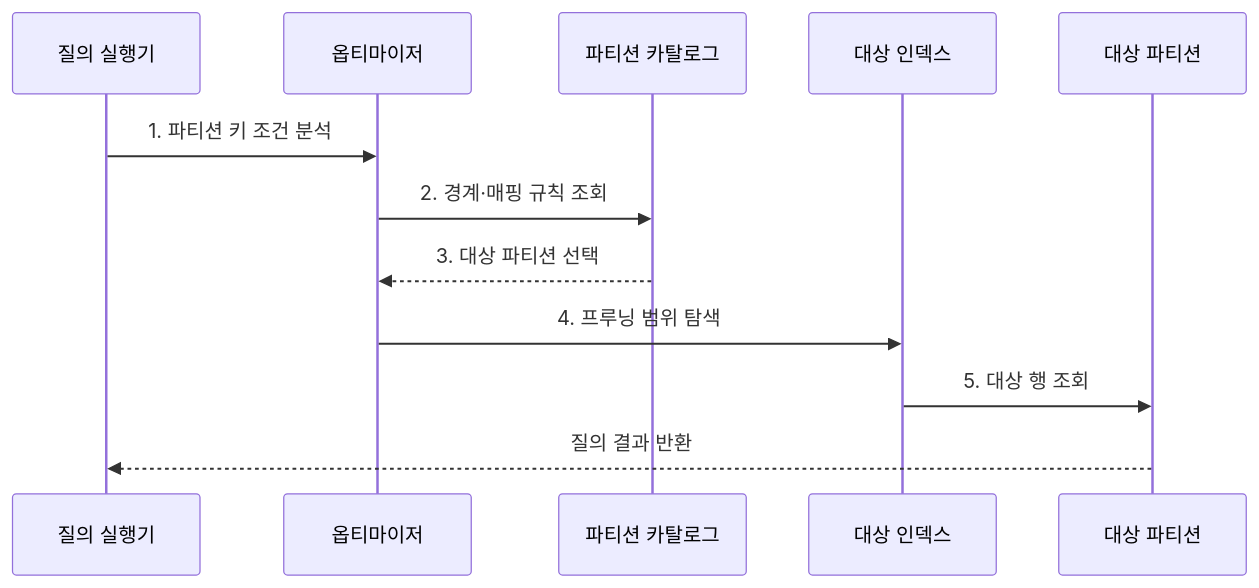
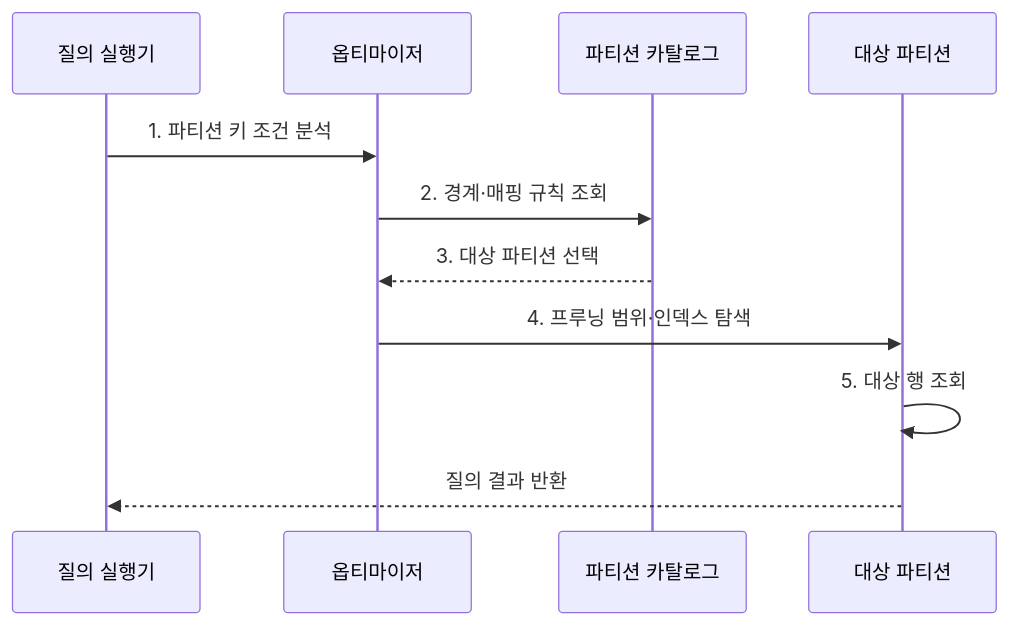
One commit to agnusdei1207/knowledge-base changed the second of 2 diagrams in src/content/docs/notes/03-software/098_partitioning.md. Above: the diagram before and after it, drawn with Mermaid. The commit also changed other lines of this file and 8 other files, not shown here.

Commit message:
Simplify database execution diagrams

````diff
--- a/src/content/docs/notes/03-software/098_partitioning.md
+++ b/src/content/docs/notes/03-software/098_partitioning.md
@@ -98,14 +98,13 @@
 ```mermaid
 sequenceDiagram
     participant Q as 질의 실행기
     participant O as 옵티마이저
     participant C as 파티션 카탈로그
-    participant I as 대상 인덱스
     participant P as 대상 파티션
     Q->>O: 1. 파티션 키 조건 분석
     O->>C: 2. 경계·매핑 규칙 조회
     C-->>O: 3. 대상 파티션 선택
-    O->>I: 4. 프루닝 범위 탐색
-    I->>P: 5. 대상 행 조회
+    O->>P: 4. 프루닝 범위·인덱스 탐색
+    P->>P: 5. 대상 행 조회
     P-->>Q: 질의 결과 반환
 ```
````
